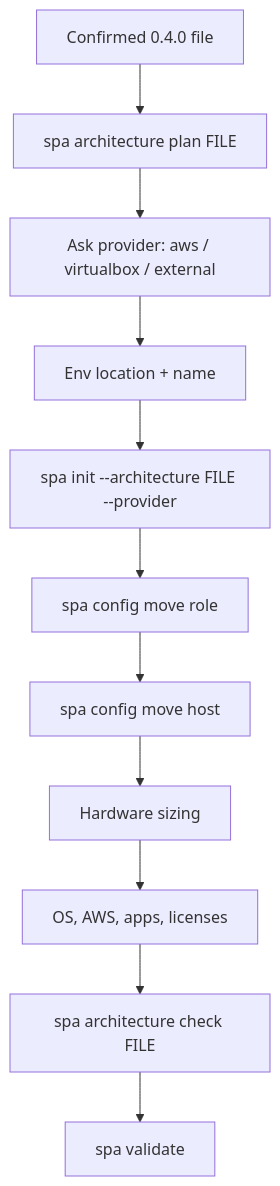
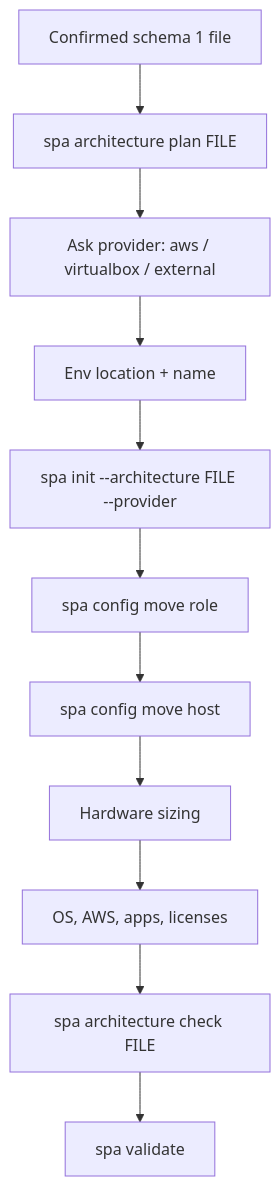
The second of 4 diagrams in docs/user-guide.md (splunk/splunk-platform-automator), drawn with Mermaid before and after one commit. The commit also changed other lines of this file and 16 other files, not shown here.

First line of the commit message:
Read splunk.architecture files as schema_version integer 1.

````diff
--- a/docs/user-guide.md
+++ b/docs/user-guide.md
@@ -87,13 +87,13 @@
 ```mermaid
 flowchart TD
-  file["Confirmed 0.4.0 file"] --> planCmd["spa architecture plan FILE"]
+  file["Confirmed schema 1 file"] --> planCmd["spa architecture plan FILE"]
   planCmd --> provider["Ask provider: aws / virtualbox / external"]
   provider --> gate["Env location + name"]
   gate --> initCmd["spa init --architecture FILE --provider"]
   initCmd --> place["spa config move role"]
   place --> rename["spa config move host"]
   rename --> sizing["Hardware sizing"]
   sizing --> rest["OS, AWS, apps, licenses"]
   rest --> checkCmd["spa architecture check FILE"]
   checkCmd --> validate["spa validate"]
 ```
````
